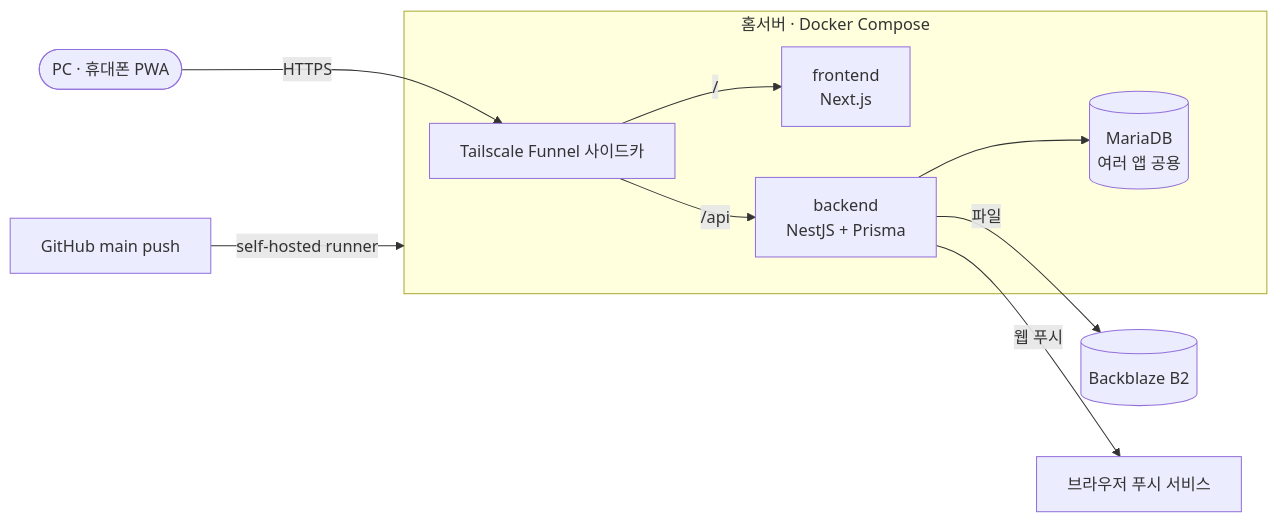
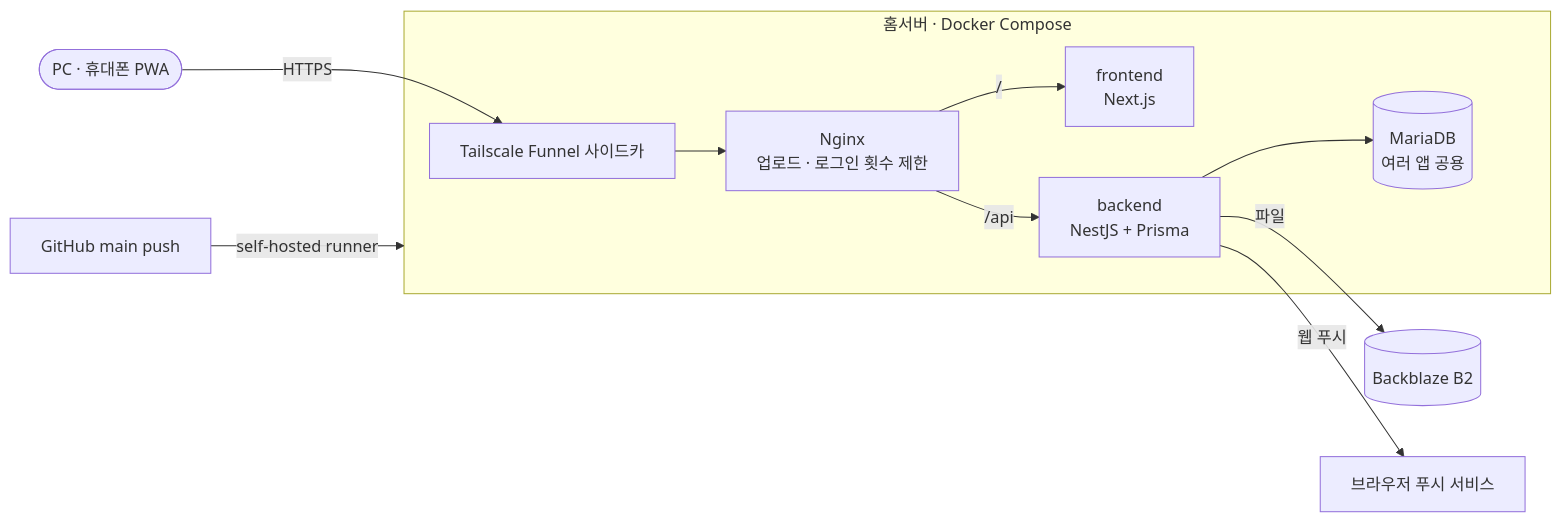
Before and after one commit to leejinyoung-kr/life-ledger: the diagram in README.md, drawn with Mermaid. The commit also changed other lines of this file and 8 other files, not shown here.

First line of the commit message:
[feat] 사이드카 뒤에 Nginx 를 둔다 — 경로 나누기 · 업로드 한도 · 로그인 횟수 제한 · gzip

````diff
--- a/README.md
+++ b/README.md
@@ -26,12 +26,13 @@
 ```mermaid
 flowchart LR
   user([PC · 휴대폰 PWA]) -->|HTTPS| ts[Tailscale Funnel 사이드카]
   subgraph homeserver[홈서버 · Docker Compose]
-    ts -->|/| fe[frontend<br/>Next.js]
-    ts -->|/api| be[backend<br/>NestJS + Prisma]
+    ts --> ng[Nginx<br/>업로드 · 로그인 횟수 제한]
+    ng -->|/| fe[frontend<br/>Next.js]
+    ng -->|/api| be[backend<br/>NestJS + Prisma]
     be --> db[(MariaDB<br/>여러 앱 공용)]
   end
   be -->|파일| b2[(Backblaze B2)]
   be -->|웹 푸시| push[브라우저 푸시 서비스]
   gh[GitHub main push] -->|self-hosted runner| homeserver
 ```
````
